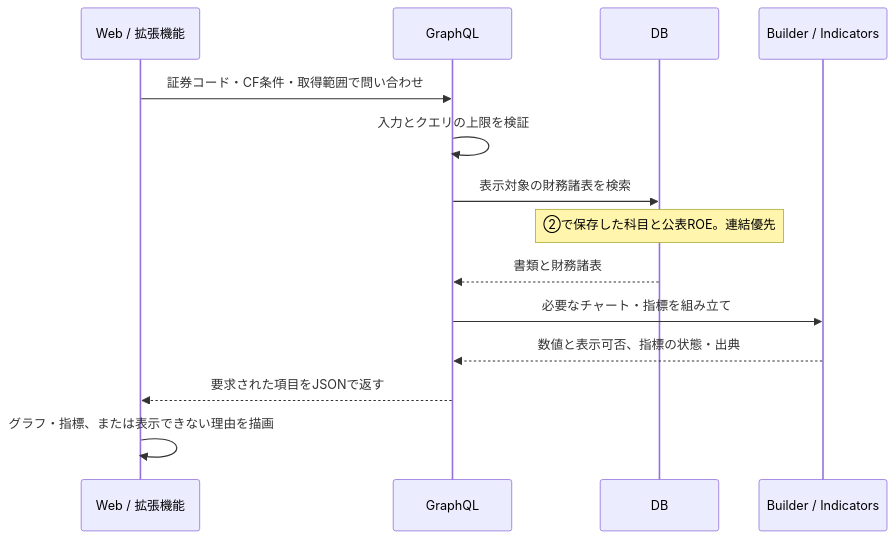
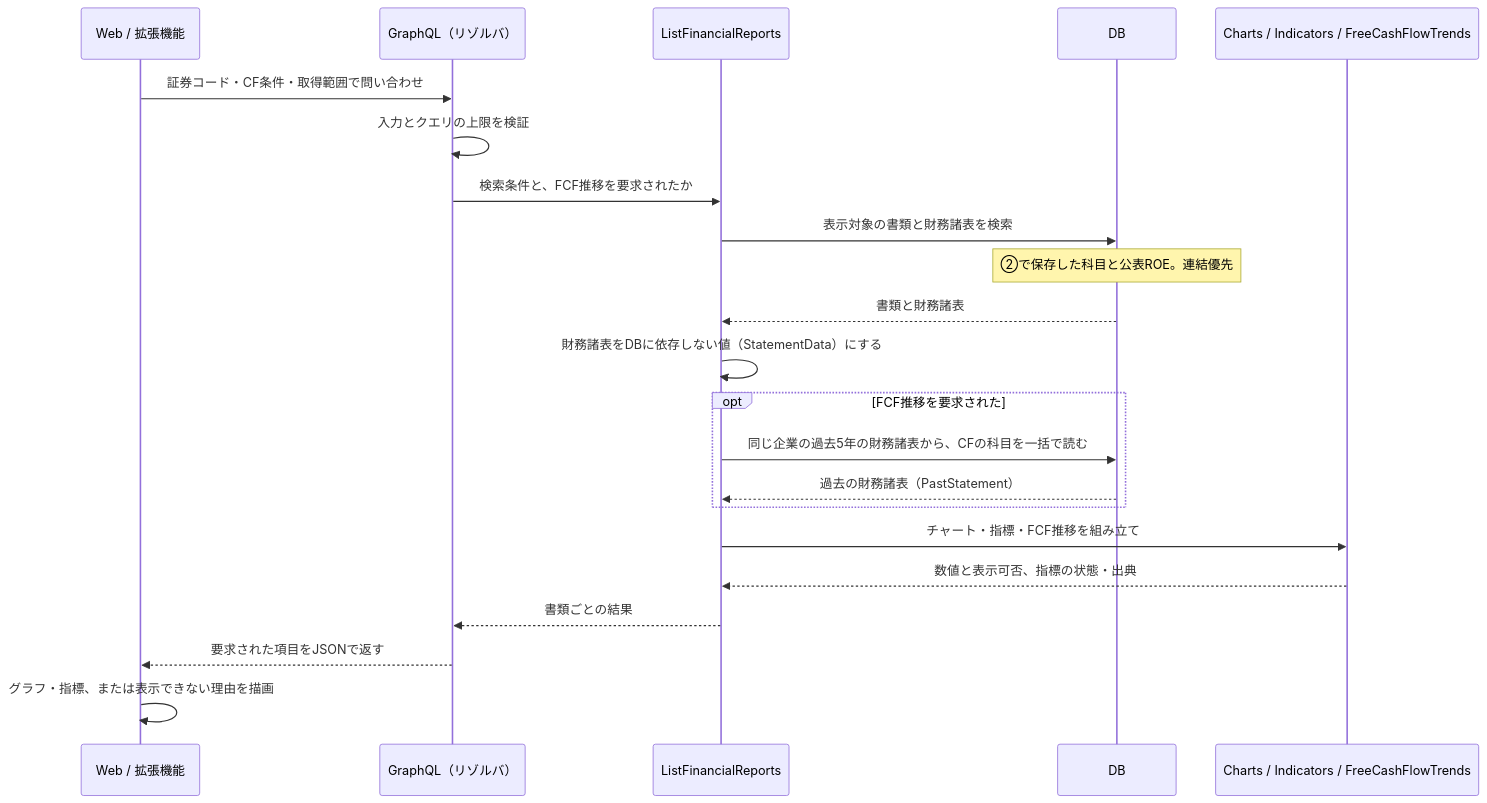
Before and after one commit to shin4488/financial-statement: the fourth of 9 diagrams in docs/guide/03_data_flow.md, drawn with Mermaid. The commit also changed other lines of this file and 23 other files, not shown here.

````diff
--- a/docs/guide/03_data_flow.md
+++ b/docs/guide/03_data_flow.md
@@ -125,16 +125,24 @@
 ```mermaid
 sequenceDiagram
     participant U as Web / 拡張機能
-    participant A as GraphQL
+    participant A as GraphQL（リゾルバ）
+    participant L as ListFinancialReports
     participant D as DB
-    participant B as Builder / Indicators
+    participant B as Charts / Indicators / FreeCashFlowTrends
     U->>A: 証券コード・CF条件・取得範囲で問い合わせ
     A->>A: 入力とクエリの上限を検証
-    A->>D: 表示対象の財務諸表を検索
+    A->>L: 検索条件と、FCF推移を要求されたか
+    L->>D: 表示対象の書類と財務諸表を検索
     Note over D: ②で保存した科目と公表ROE。連結優先
-    D-->>A: 書類と財務諸表
-    A->>B: 必要なチャート・指標を組み立て
-    B-->>A: 数値と表示可否、指標の状態・出典
+    D-->>L: 書類と財務諸表
+    L->>L: 財務諸表をDBに依存しない値（StatementData）にする
+    opt FCF推移を要求された
+        L->>D: 同じ企業の過去5年の財務諸表から、CFの科目を一括で読む
+        D-->>L: 過去の財務諸表（PastStatement）
+    end
+    L->>B: チャート・指標・FCF推移を組み立て
+    B-->>L: 数値と表示可否、指標の状態・出典
+    L-->>A: 書類ごとの結果
     A-->>U: 要求された項目をJSONで返す
     U->>U: グラフ・指標、または表示できない理由を描画
 ```
````
